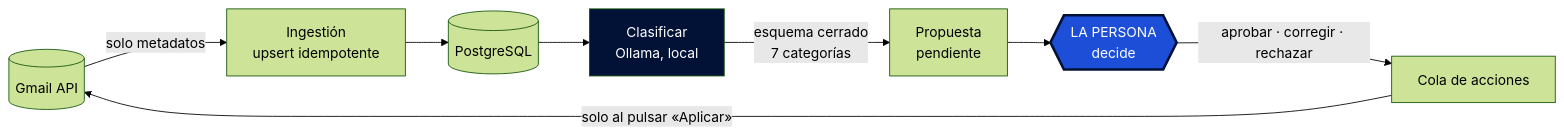
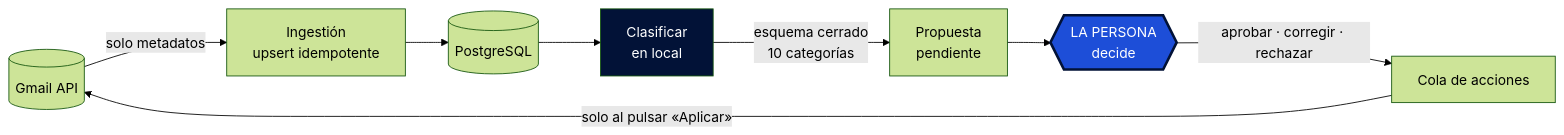
The first of 2 diagrams in README.es.md (abrilespinosa/mailpilot), drawn with Mermaid (forest theme) before and after one commit. The commit also changed other lines of this file and 2 other files, not shown here.

````diff
--- a/README.es.md
+++ b/README.es.md
@@ -70,13 +65,13 @@
 ```mermaid
 flowchart LR
     G[("Gmail API")] -->|solo metadatos| I["Ingestión<br/>upsert idempotente"]
     I --> DB[("PostgreSQL")]
-    DB --> C["Clasificar<br/>Ollama, local"]
-    C -->|"esquema cerrado<br/>7 categorías"| P["Propuesta<br/>pendiente"]
+    DB --> C["Clasificar<br/>en local"]
+    C -->|"esquema cerrado<br/>10 categorías"| P["Propuesta<br/>pendiente"]
     P --> H{{"LA PERSONA<br/>decide"}}
     H -->|"aprobar · corregir · rechazar"| Q["Cola de acciones"]
     Q -->|"solo al pulsar «Aplicar»"| G
 
     style H fill:#1D4ED8,color:#fff,stroke:#021237,stroke-width:3px
     style C fill:#021237,color:#fff
 ```
````
